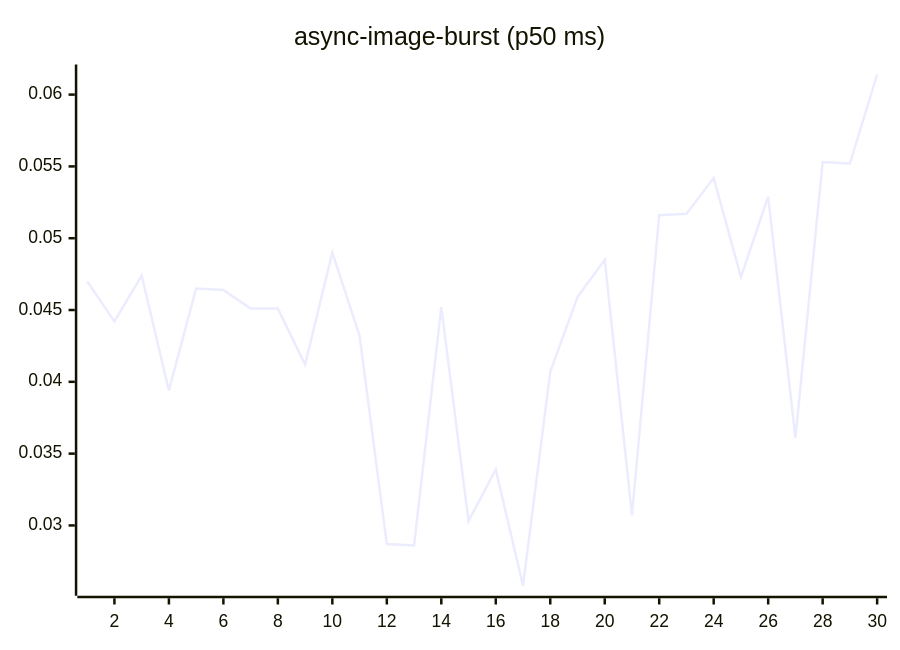
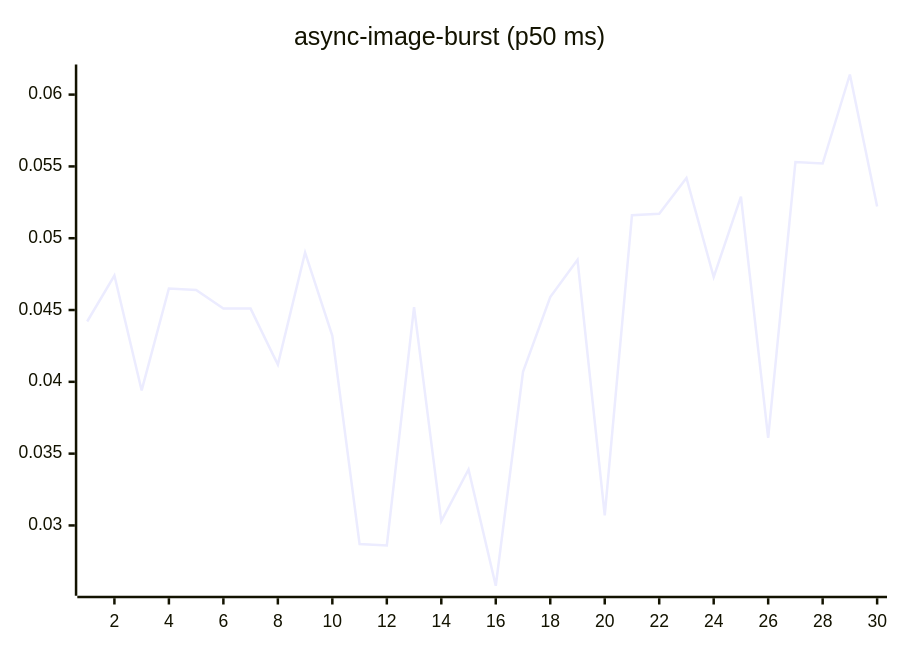
One commit to josha/Facet changed the fourth of 27 diagrams in README.md. Above: the diagram before and after it, drawn with Mermaid. The commit also changed other lines of this file and 2 other files, not shown here.

````diff
--- a/README.md
+++ b/README.md
@@ -84,6 +84,6 @@
 ```mermaid
 xychart-beta
     title "async-image-burst (p50 ms)"
     x-axis 1 --> 30
-    line [0.0470, 0.0442, 0.0474, 0.0394, 0.0465, 0.0464, 0.0451, 0.0451, 0.0412, 0.0490, 0.0432, 0.0287, 0.0286, 0.0452, 0.0303, 0.0339, 0.0258, 0.0407, 0.0459, 0.0485, 0.0307, 0.0516, 0.0517, 0.0542, 0.0473, 0.0529, 0.0361, 0.0553, 0.0552, 0.0614]
+    line [0.0442, 0.0474, 0.0394, 0.0465, 0.0464, 0.0451, 0.0451, 0.0412, 0.0490, 0.0432, 0.0287, 0.0286, 0.0452, 0.0303, 0.0339, 0.0258, 0.0407, 0.0459, 0.0485, 0.0307, 0.0516, 0.0517, 0.0542, 0.0473, 0.0529, 0.0361, 0.0553, 0.0552, 0.0614, 0.0522]
 ```
````
